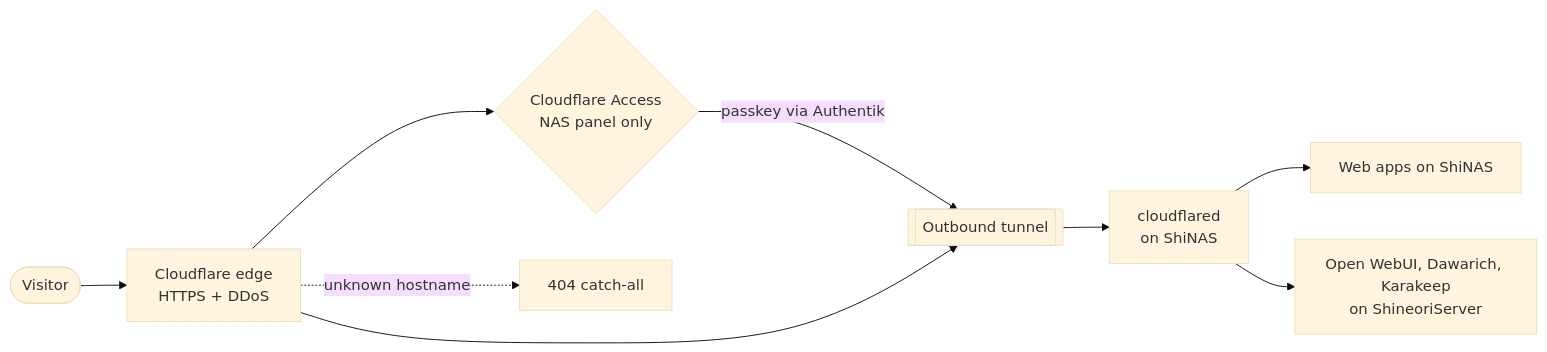
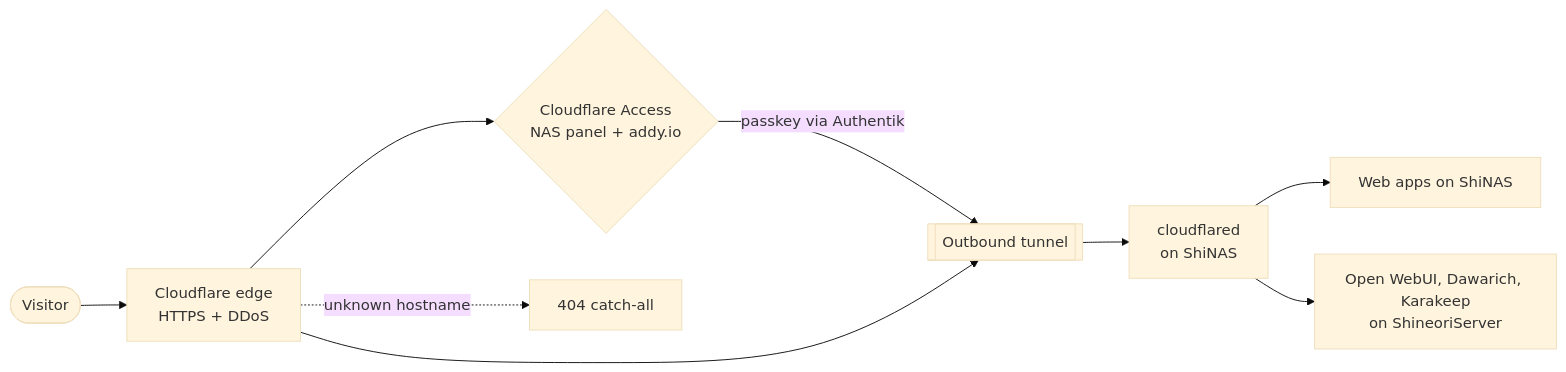
The first of 2 diagrams in docs/services/cloudflared.md (Shineori/homelab), drawn with Mermaid (base theme) before and after one commit. The commit also changed other lines of this file and 16 other files, not shown here.

First line of the commit message:
Backups: 3-2-1 done (PC + iCloud copy), Authentik backed up, 1-year retention; addy behind Cloudflare Access

````diff
--- a/docs/services/cloudflared.md
+++ b/docs/services/cloudflared.md
@@ -24,11 +24,11 @@
 ```mermaid
 flowchart LR
     v([Visitor]) --> edge[Cloudflare edge<br/>HTTPS + DDoS]
-    edge --> acc{Cloudflare Access<br/>NAS panel only}
+    edge --> acc{Cloudflare Access<br/>NAS panel + addy.io}
     acc -- passkey via Authentik --> tun
     edge --> tun[[Outbound tunnel]]
     tun --> cfd[cloudflared<br/>on ShiNAS]
     cfd --> apps[Web apps on ShiNAS]
     cfd --> ai[Open WebUI, Dawarich, Karakeep<br/>on ShineoriServer]
     edge -. unknown hostname .-> x[404 catch-all]
 ```
````
